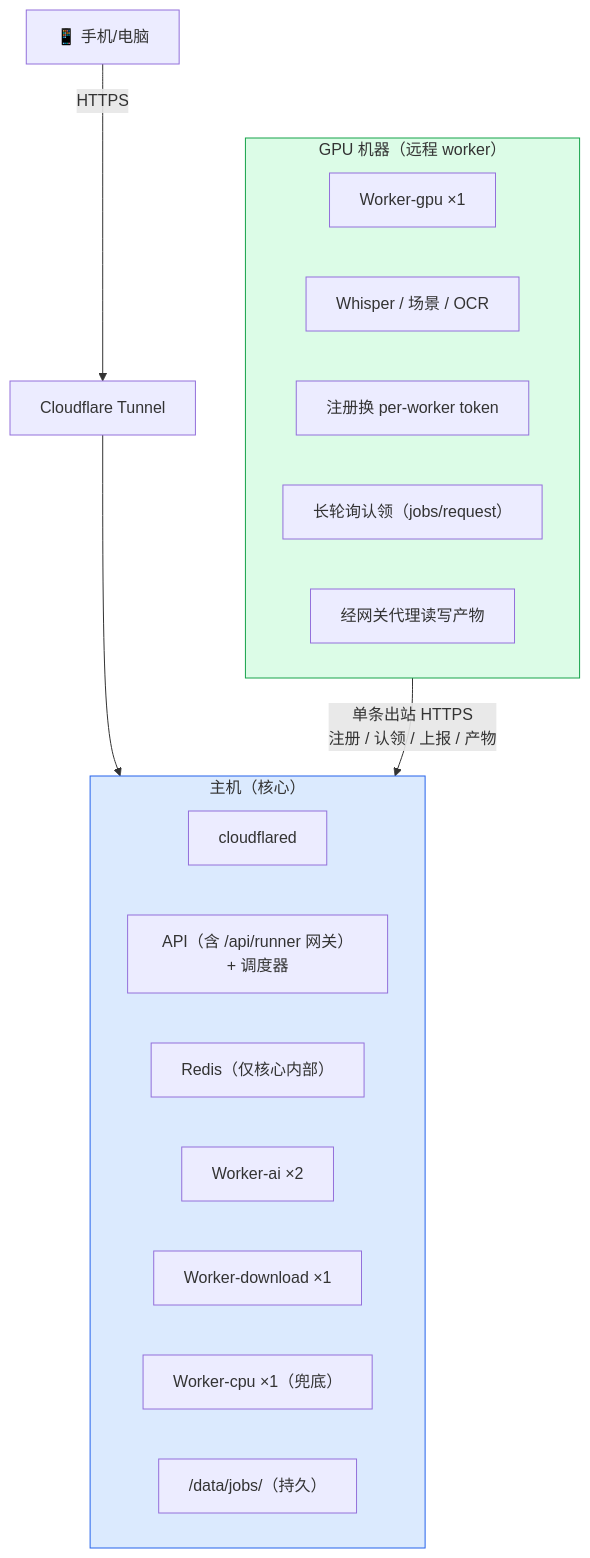
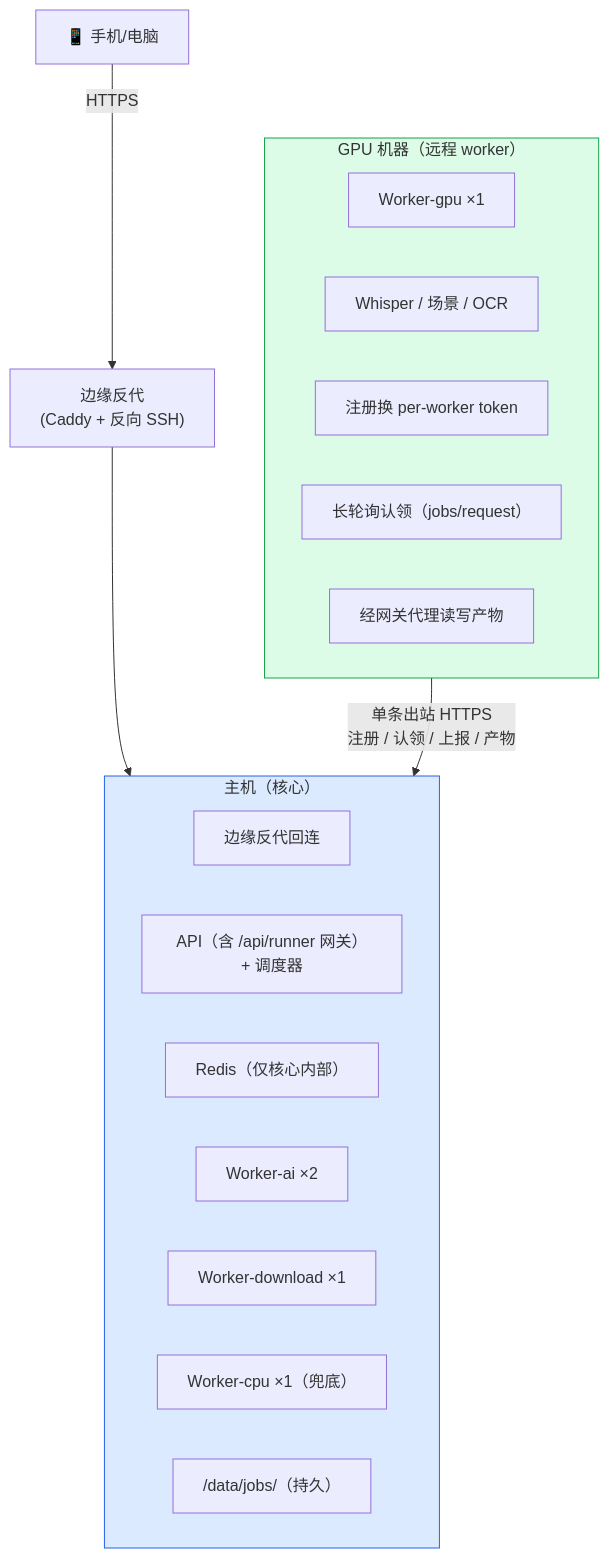
The third of 9 diagrams in docs/01-architecture.md (Gwzlchn/Mnemo), drawn with Mermaid before and after one commit. The commit also changed other lines of this file and 28 other files, not shown here.

````diff
--- a/docs/01-architecture.md
+++ b/docs/01-architecture.md
@@ -88,31 +88,31 @@
 ```mermaid
 graph TD
     client2["📱 手机/电脑"]
-    cf["Cloudflare Tunnel"]
+    cf["边缘反代<br/>(Caddy + 反向 SSH)"]
 
     client2 -->|HTTPS| cf
     cf --> host2
 
     subgraph host2["主机（核心）"]
-        h_cf["cloudflared"]
+        h_cf["边缘反代回连"]
         h_api["API（含 /api/runner 网关）+ 调度器"]
         h_redis["Redis（仅核心内部）"]
         h_ai["Worker-ai ×2"]
         h_dl["Worker-download ×1"]
         h_cpu["Worker-cpu ×1（兜底）"]
         h_data["/data/jobs/（持久）"]
     end
 
     subgraph gpu["GPU 机器（远程 worker）"]
         g_worker["Worker-gpu ×1"]
         g_task["Whisper / 场景 / OCR"]
         g_reg["注册换 per-worker token"]
         g_claim["长轮询认领（jobs/request）"]
         g_file["经网关代理读写产物"]
     end
 
     gpu -->|"单条出站 HTTPS<br/>注册 / 认领 / 上报 / 产物"| host2
 
     style host2 fill:#dbeafe,stroke:#2563eb
     style gpu fill:#dcfce7,stroke:#16a34a
 ```
````
